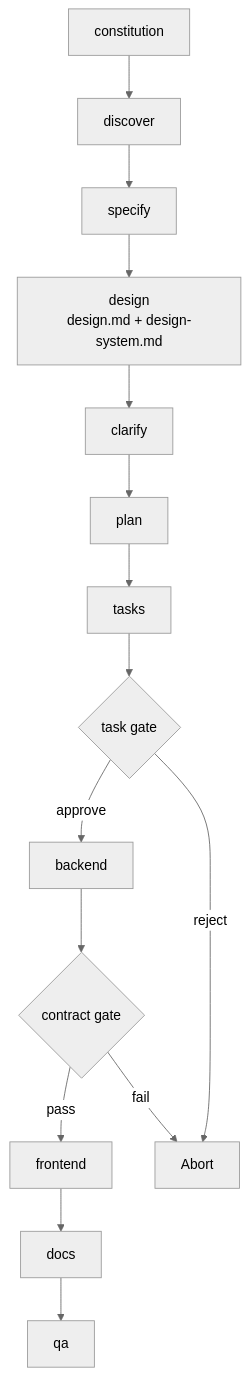
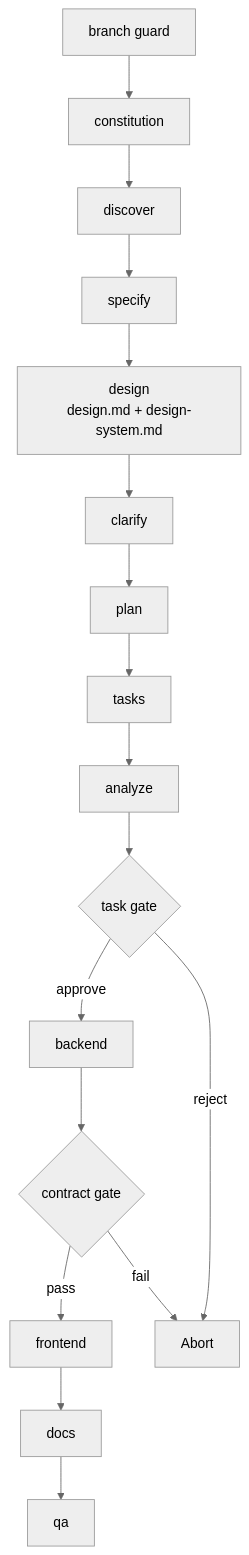
The diagram in docs/reference/workflows.md (Karnonson/kite), drawn with Mermaid (neutral theme) before and after one commit. The commit also changed other lines of this file and 67 other files, not shown here.

````diff
--- a/docs/reference/workflows.md
+++ b/docs/reference/workflows.md
@@ -187,17 +192,19 @@
 ```mermaid
 flowchart TB
-    A["constitution"] --> B["discover"]
-    B --> C["specify"]
-    C --> D["design\ndesign.md + design-system.md"]
-    D --> E["clarify"]
-    E --> F["plan"]
-    F --> G["tasks"]
-    G --> H{"task gate"}
-    H -- approve --> I["backend"]
-    I --> J{"contract gate"}
-    J -- pass --> K["frontend"]
-    K --> L["docs"]
-    L --> M["qa"]
-    H -- reject --> X["Abort"]
-    J -- fail --> X
+    A["branch guard"] --> B["constitution"]
+  B --> C["discover"]
+  C --> D["specify"]
+  D --> E["design\ndesign.md + design-system.md"]
+  E --> F["clarify"]
+  F --> G["plan"]
+  G --> H["tasks"]
+  H --> I["analyze"]
+  I --> J{"task gate"}
+  J -- approve --> K["backend"]
+  K --> L{"contract gate"}
+  L -- pass --> M["frontend"]
+  M --> N["docs"]
+  N --> O["qa"]
+  J -- reject --> X["Abort"]
+  L -- fail --> X
 ```
````
